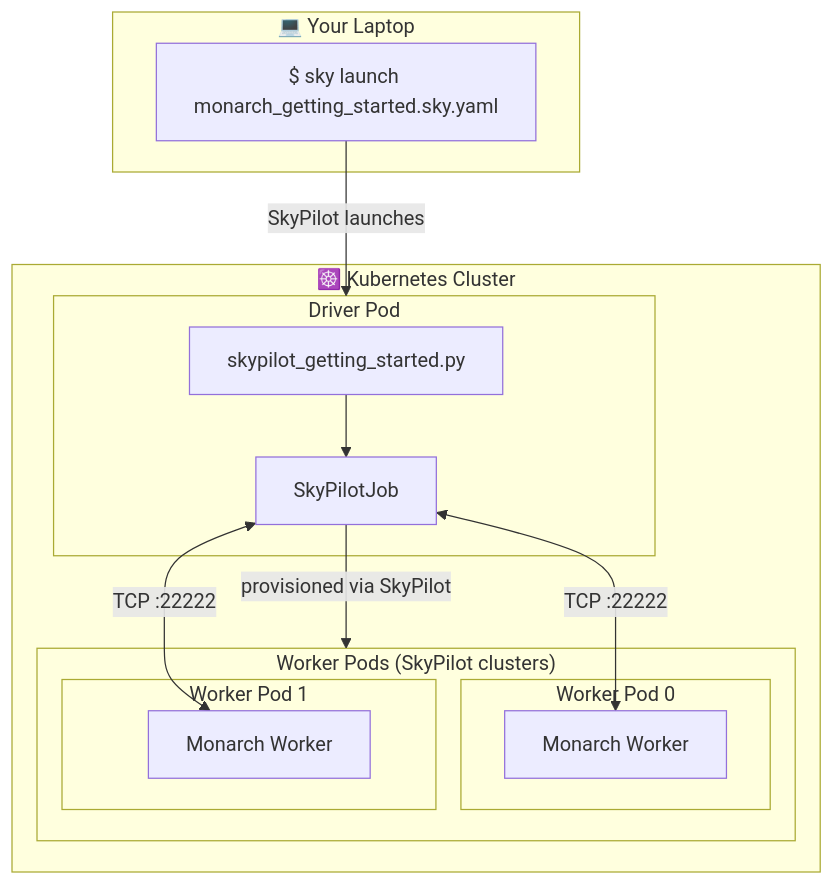
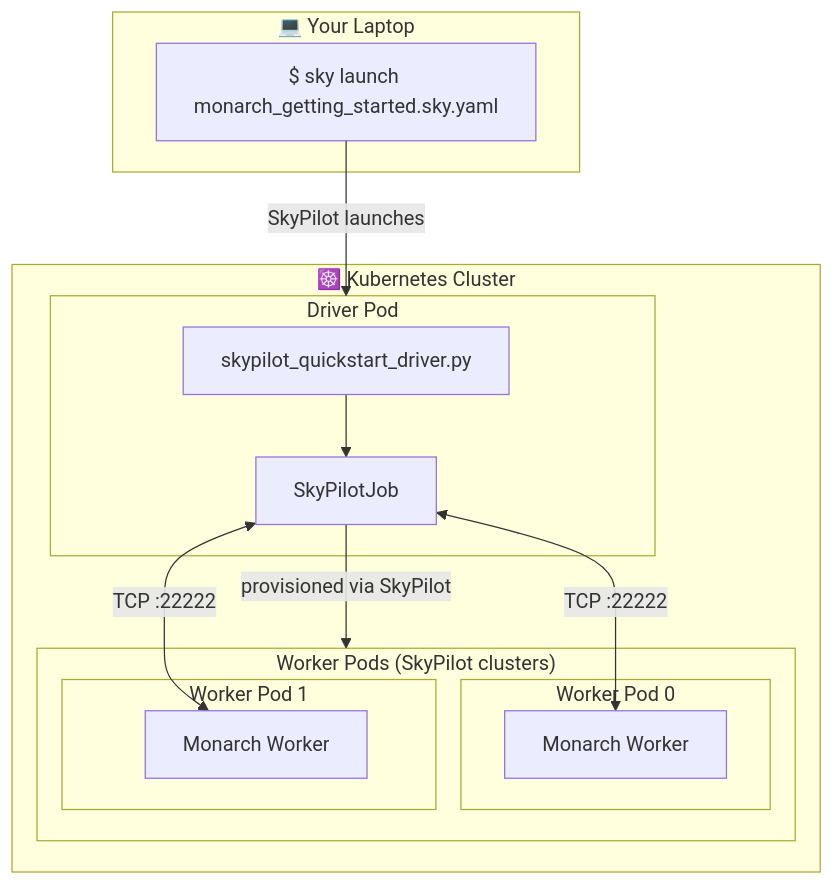
The diagram in examples/skypilot/README.md (meta-pytorch/monarch), drawn with Mermaid before and after one commit. The commit also changed other lines of this file and 7 other files, not shown here.

````diff
--- a/examples/skypilot/README.md
+++ b/examples/skypilot/README.md
@@ -11,30 +11,30 @@
 ```mermaid
 flowchart TB
     subgraph laptop["💻 Your Laptop"]
         user["$ sky launch monarch_getting_started.sky.yaml"]
     end
 
     subgraph k8s["☸️ Kubernetes Cluster"]
         subgraph driver["Driver Pod"]
-            script["skypilot_getting_started.py"]
+            script["skypilot_quickstart_driver.py"]
             skyjob["SkyPilotJob"]
         end
         
         subgraph workers["Worker&nbsp;Pods&nbsp;(SkyPilot&nbsp;clusters)"]
             subgraph w1["Worker Pod 0"]
                 mw1["Monarch Worker"]
             end
             subgraph w2["Worker Pod 1"]
                 mw2["Monarch Worker"]
             end
         end
     end
 
     user -->|"SkyPilot launches"| driver
     script --> skyjob
     skyjob -->|"provisioned via SkyPilot"| workers
     skyjob <-->|"TCP :22222"| mw1
     skyjob <-->|"TCP :22222"| mw2
     mw1
     mw2
 ```
````
